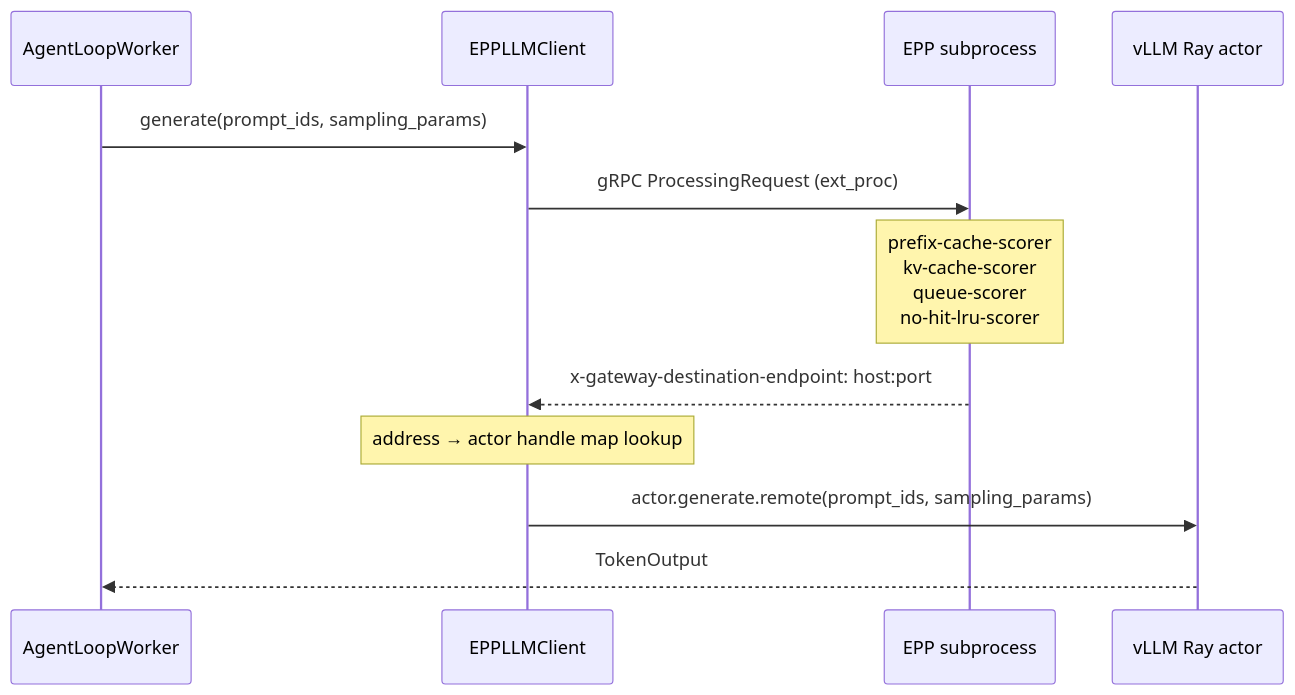
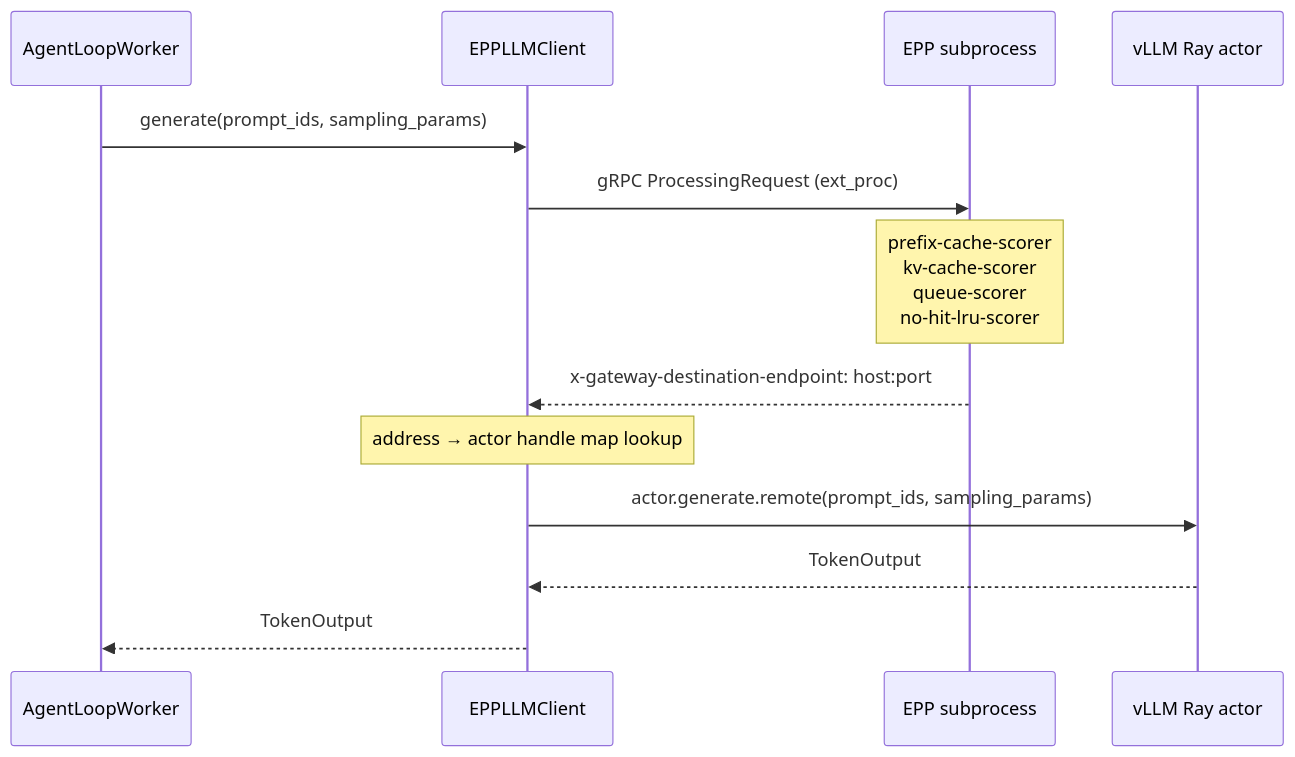
Before and after one commit to NaomiEisen/llm-d-rl-verl-integration: the first of 2 diagrams in README.md, drawn with Mermaid. The commit also changed other lines of this file, not shown here.

````diff
--- a/README.md
+++ b/README.md
@@ -36,15 +36,16 @@
 ```mermaid
 sequenceDiagram
     participant W as AgentLoopWorker
     participant C as EPPLLMClient
     participant E as EPP subprocess
     participant V as vLLM Ray actor
 
     W->>C: generate(prompt_ids, sampling_params)
     C->>E: gRPC ProcessingRequest (ext_proc)
     Note over E: prefix-cache-scorer<br/>kv-cache-scorer<br/>queue-scorer<br/>no-hit-lru-scorer
     E-->>C: x-gateway-destination-endpoint: host:port
     Note over C: address → actor handle map lookup
     C->>V: actor.generate.remote(prompt_ids, sampling_params)
-    V-->>W: TokenOutput
+    V-->>C: TokenOutput
+    C-->>W: TokenOutput
 ```
````
